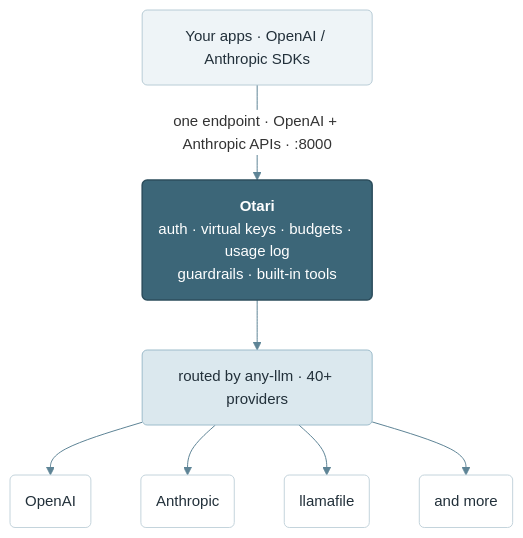
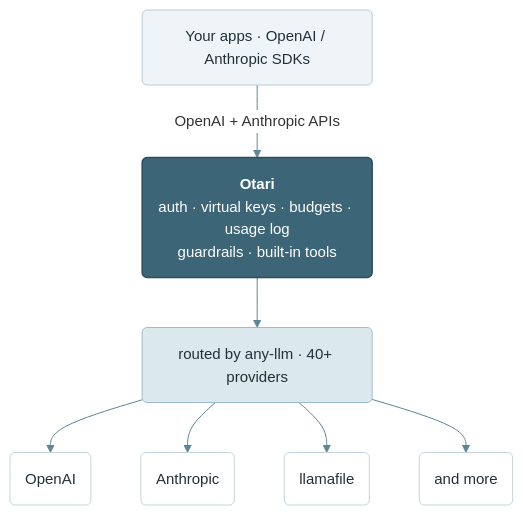
Before and after one commit to mozilla-ai/otari: the diagram in README.md, drawn with Mermaid.

Commit message:
docs: simplify the diagram edge label to 'OpenAI + Anthropic APIs'
Drop the 'one endpoint' phrasing and the :8000 port from the client-to-Otari
edge label in the architecture diagram.

````diff
--- a/README.md
+++ b/README.md
@@ -26,21 +26,21 @@
 ```mermaid
 %%{init: {'theme':'base','themeVariables':{'fontFamily':'ui-sans-serif, -apple-system, Segoe UI, Roboto, sans-serif','fontSize':'15px','lineColor':'#5e8496','edgeLabelBackground':'#ffffff'}}}%%
 flowchart TB
     clients("Your apps &middot; OpenAI / Anthropic SDKs")
     otari("<b>Otari</b><br/>auth &middot; virtual keys &middot; budgets &middot; usage log<br/>guardrails &middot; built-in tools")
     anyllm("routed by any-llm &middot; 40+ providers")
-    clients -->|"one endpoint &middot; OpenAI + Anthropic APIs &middot; :8000"| otari
+    clients -->|"OpenAI + Anthropic APIs"| otari
     otari --> anyllm
     anyllm --> openai("OpenAI")
     anyllm --> anthropic("Anthropic")
     anyllm --> llamafile("llamafile")
     anyllm --> more("and more")
     classDef client fill:#eef4f7,stroke:#b8ccd6,stroke-width:1px,color:#22303a;
     classDef hero fill:#3c6678,stroke:#2c4d5c,stroke-width:1.5px,color:#ffffff;
     classDef router fill:#dbe8ee,stroke:#9dbccb,stroke-width:1px,color:#22303a;
     classDef provider fill:#ffffff,stroke:#c4d4dc,stroke-width:1px,color:#22303a;
     class clients client;
     class otari hero;
     class anyllm router;
     class openai,anthropic,llamafile,more provider;
 ```
````
